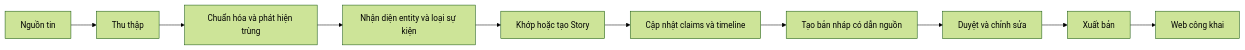
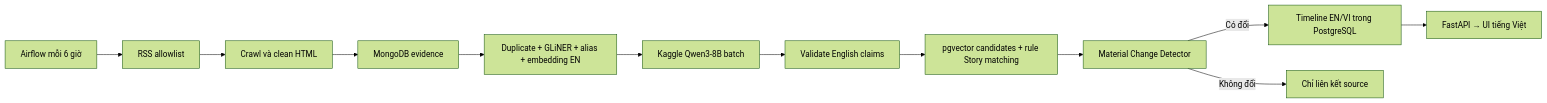
The diagram in README.md (marvinphung/project3), drawn with Mermaid (forest theme) before and after one commit. The commit also changed other lines of this file and 12 other files, not shown here.

````diff
--- a/README.md
+++ b/README.md
@@ -39,12 +32,14 @@
 ```mermaid
 flowchart LR
-    A[Nguồn tin] --> B[Thu thập]
-    B --> C[Chuẩn hóa và phát hiện trùng]
-    C --> D[Nhận diện entity và loại sự kiện]
-    D --> E[Khớp hoặc tạo Story]
-    E --> F[Cập nhật claims và timeline]
-    F --> G[Tạo bản nháp có dẫn nguồn]
-    G --> H[Duyệt và chỉnh sửa]
-    H --> I[Xuất bản]
-    I --> J[Web công khai]
+    A[Airflow mỗi 6 giờ] --> B[RSS allowlist]
+    B --> C[Crawl và clean HTML]
+    C --> D[MongoDB evidence]
+    D --> E[Duplicate + GLiNER + alias + embedding EN]
+    E --> F[Kaggle Qwen3-8B batch]
+    F --> G[Validate English claims]
+    G --> H[pgvector candidates + rule Story matching]
+    H --> I[Material Change Detector]
+    I -->|Có đổi| J[Timeline EN/VI trong PostgreSQL]
+    I -->|Không đổi| K[Chỉ liên kết source]
+    J --> L[FastAPI → UI tiếng Việt]
 ```
````
